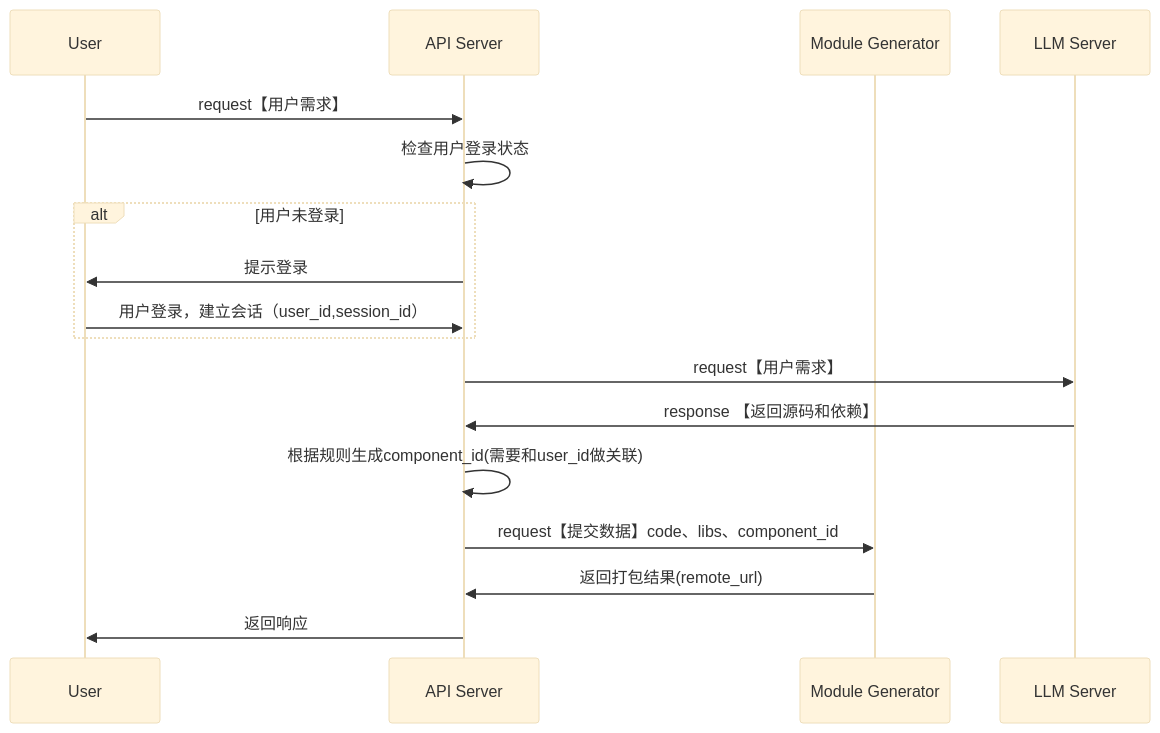
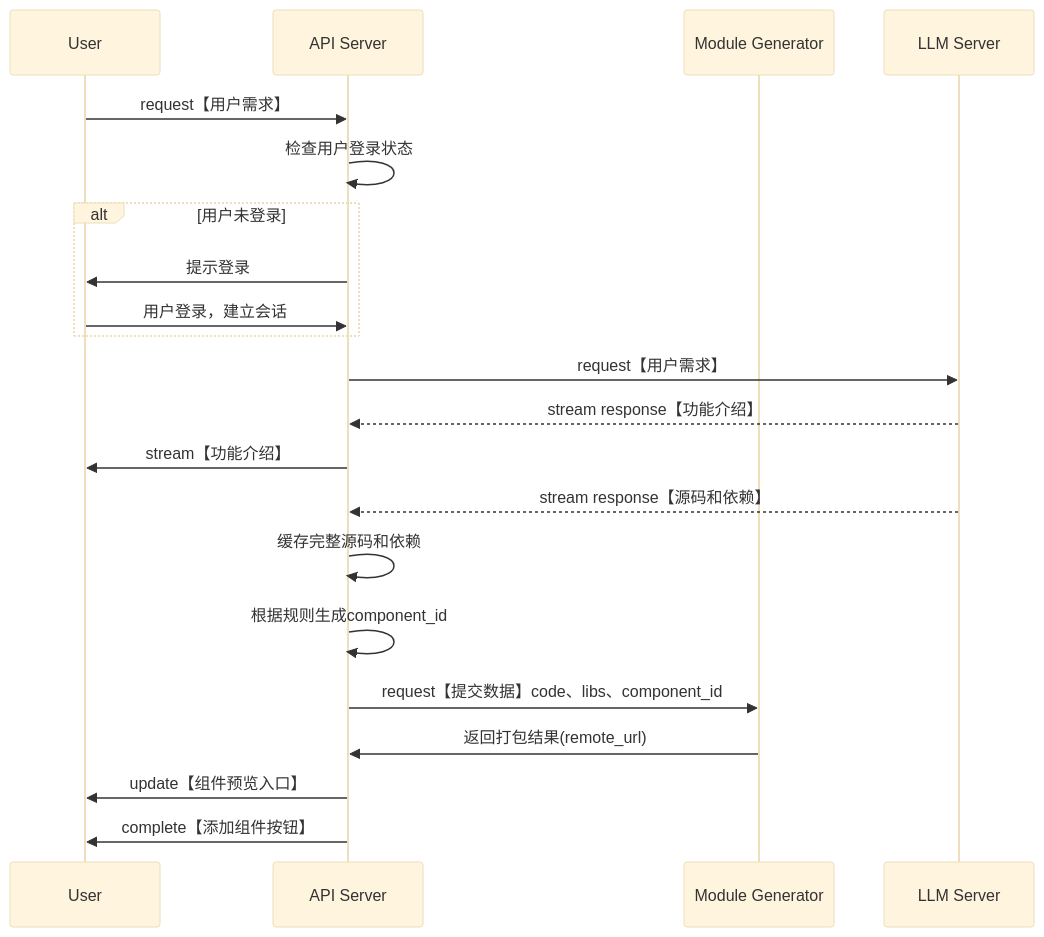
One commit to yingjianzh/iodraw-files changed the diagram in all/未命名-7.md. Above: the diagram before and after it, drawn with Mermaid (base theme).

Commit message:
2024-10-08 16:23:31 update

````diff
--- a/all/未命名-7.md
+++ b/all/未命名-7.md
@@ -1,23 +1,28 @@
 ```mermaid
 sequenceDiagram
     participant User
     participant API Server
     participant Module Generator
     participant LLM Server
 
     User->>API Server: request【用户需求】
     API Server->>API Server: 检查用户登录状态
     alt 用户未登录
         API Server->>User: 提示登录
-        User->>API Server: 用户登录，建立会话（user_id,session_id）
+        User->>API Server: 用户登录，建立会话
     end
 
     API Server->>LLM Server: request【用户需求】
-    LLM Server->>API Server: response 【返回源码和依赖】
-    API Server->>API Server: 根据规则生成component_id(需要和user_id做关联)
+    LLM Server-->>API Server: stream response【功能介绍】
+    API Server->>User: stream【功能介绍】
+
+    LLM Server-->>API Server: stream response【源码和依赖】
+    API Server->>API Server: 缓存完整源码和依赖
+    API Server->>API Server: 根据规则生成component_id
     API Server->>Module Generator: request【提交数据】code、libs、component_id
     Module Generator->>API Server: 返回打包结果(remote_url)
-    
-    API Server->>User: 返回响应
+
+    API Server->>User: update【组件预览入口】
+    API Server->>User: complete【添加组件按钮】
 
 ```
````
